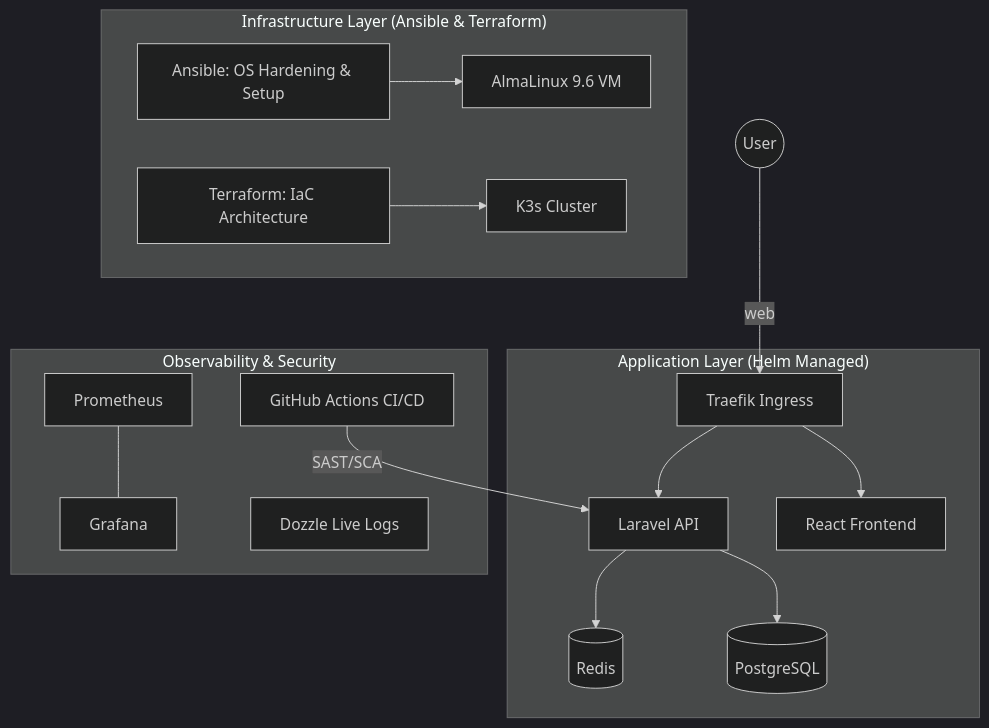
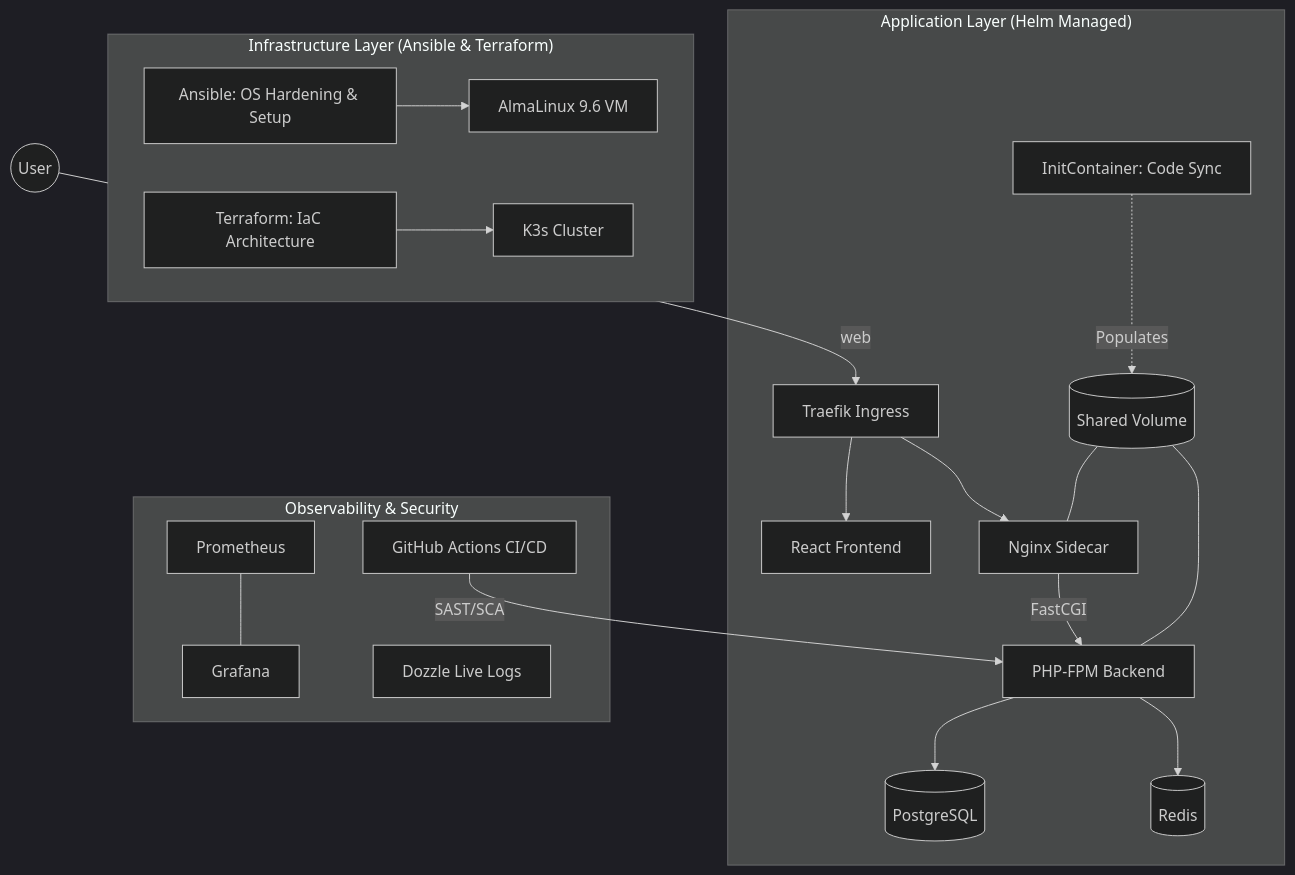
One commit to ShubhamShrestha60/SecureOps-CRM changed the diagram in README.md. Above: the diagram before and after it, drawn with Mermaid (dark theme). The commit also changed other lines of this file and 11 other files, not shown here.

````diff
--- a/README.md
+++ b/README.md
@@ -9,22 +9,26 @@
 ```mermaid
 graph TD
     User((User)) -->|web| Ingress[Traefik Ingress]
     
     subgraph "Infrastructure Layer (Ansible & Terraform)"
         Ansible[Ansible: OS Hardening & Setup] --> VM[AlmaLinux 9.6 VM]
         Terraform[Terraform: IaC Architecture] --> K3s[K3s Cluster]
     end
 
     subgraph "Application Layer (Helm Managed)"
         Ingress --> FE[React Frontend]
-        Ingress --> BE[Laravel API]
-        BE --> DB[(PostgreSQL)]
-        BE --> Cache[(Redis)]
+        Ingress --> Sidecar[Nginx Sidecar]
+        Sidecar -->|FastCGI| FPM[PHP-FPM Backend]
+        Init[InitContainer: Code Sync] -.->|Populates| Vol[(Shared Volume)]
+        Vol --- Sidecar
+        Vol --- FPM
+        FPM --> DB[(PostgreSQL)]
+        FPM --> Cache[(Redis)]
     end
 
     subgraph "Observability & Security"
         Prom[Prometheus] --- Graf[Grafana]
         Dozzle[Dozzle Live Logs]
-        GH[GitHub Actions CI/CD] -->|SAST/SCA| BE
+        GH[GitHub Actions CI/CD] -->|SAST/SCA| FPM
     end
 ```
````
